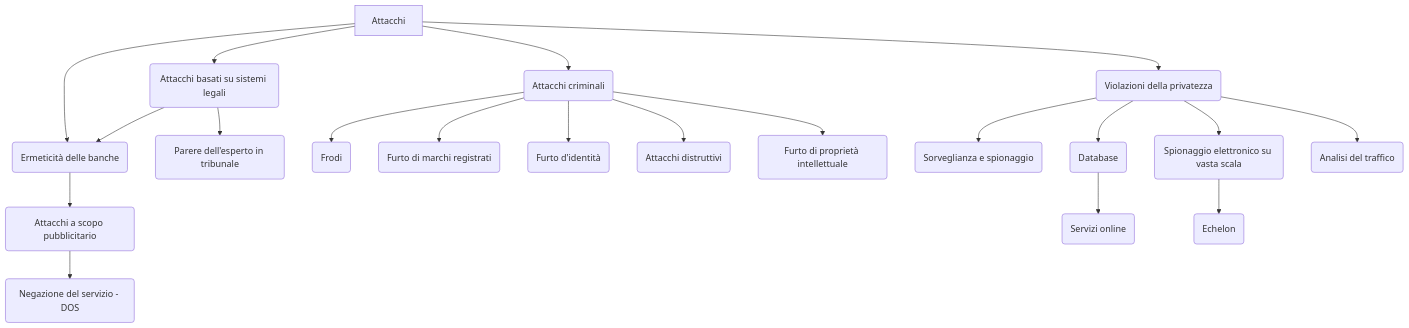
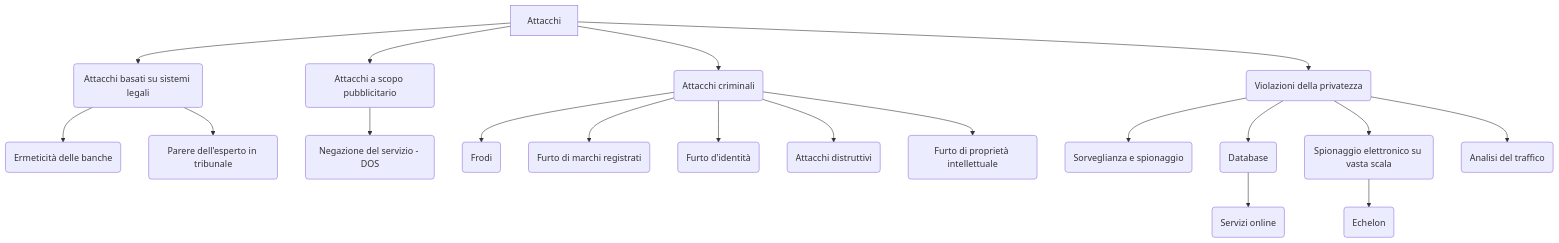
One commit to makapx/appunti-internet-security changed the diagram in L05_Attacchi_ProprietaSicurezza.md. Above: the diagram before and after it, drawn with Mermaid. The commit also changed 4 other files, not shown here.

````diff
--- a/L05_Attacchi_ProprietaSicurezza.md
+++ b/L05_Attacchi_ProprietaSicurezza.md
@@ -63,27 +61,27 @@
 ```mermaid
 graph
 attacchi[Attacchi] -->attacchi_criminali(Attacchi criminali)
 attacchi --> attacchi_sistemi_legali(Attacchi basati su sistemi legali)
 attacchi --> violazioni_privatezza(Violazioni della privatezza)
-attacchi --> ermeticita_bance(Ermeticità delle banche)
+
 attacchi_sistemi_legali(Attacchi basati su sistemi legali) --> ermeticita_bance(Ermeticità delle banche)
 attacchi_sistemi_legali(Attacchi basati su sistemi legali) --> esperto(Parere dell'esperto in tribunale)
-ermeticita_bance(Ermeticità delle banche) --> attacchi_pubblicitari(Attacchi a scopo pubblicitario)
+attacchi --> attacchi_pubblicitari(Attacchi a scopo pubblicitario)
 attacchi_pubblicitari(Attacchi a scopo pubblicitario) --> dos(Negazione del servizio - DOS )
 
 attacchi_criminali(Attacchi criminali) --> frodi(Frodi)
 attacchi_criminali(Attacchi criminali) --> furto_marchi(Furto di marchi registrati)
 attacchi_criminali(Attacchi criminali) --> furto_identita(Furto d'identità)
 attacchi_criminali(Attacchi criminali) --> attacchi_distruttivi(Attacchi distruttivi)
 attacchi_criminali(Attacchi criminali) --> furto_proprieta_intellettuale(Furto di proprietà intellettuale)
 
 violazioni_privatezza --> spionaggio(Sorveglianza e spionaggio)
 violazioni_privatezza --> database(Database)
 violazioni_privatezza --> spionaggio_elettronico(Spionaggio elettronico su vasta scala)
 violazioni_privatezza --> analisi_traffico(Analisi del traffico)
 
 
 database --> servizi_online(Servizi online)
 spionaggio_elettronico --> echelon(Echelon)
 
 ```
````
